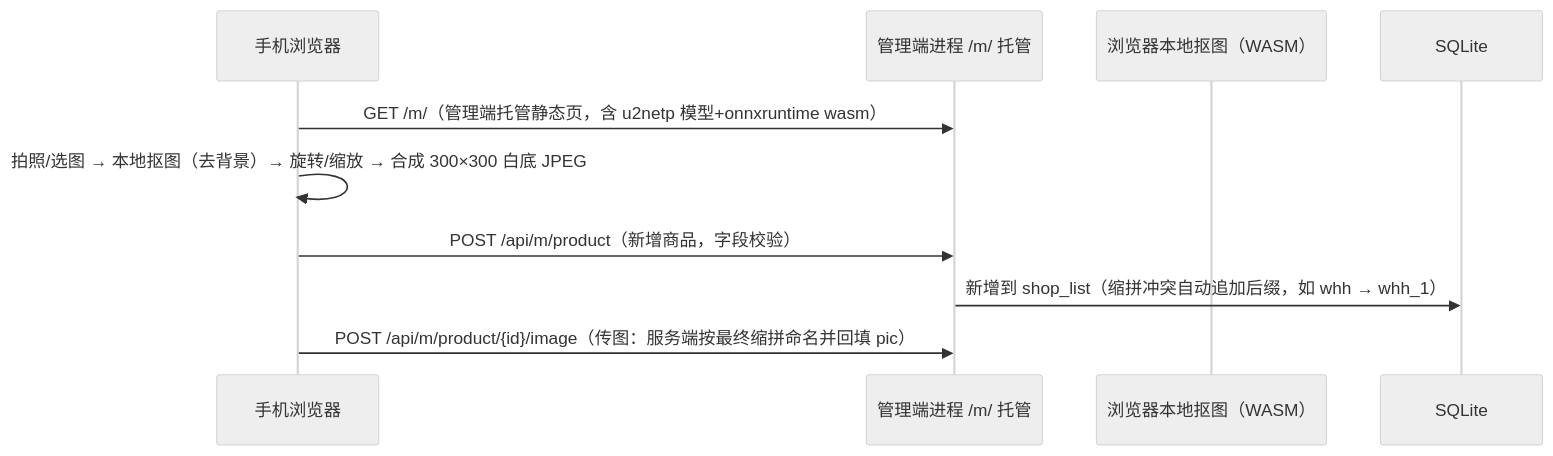
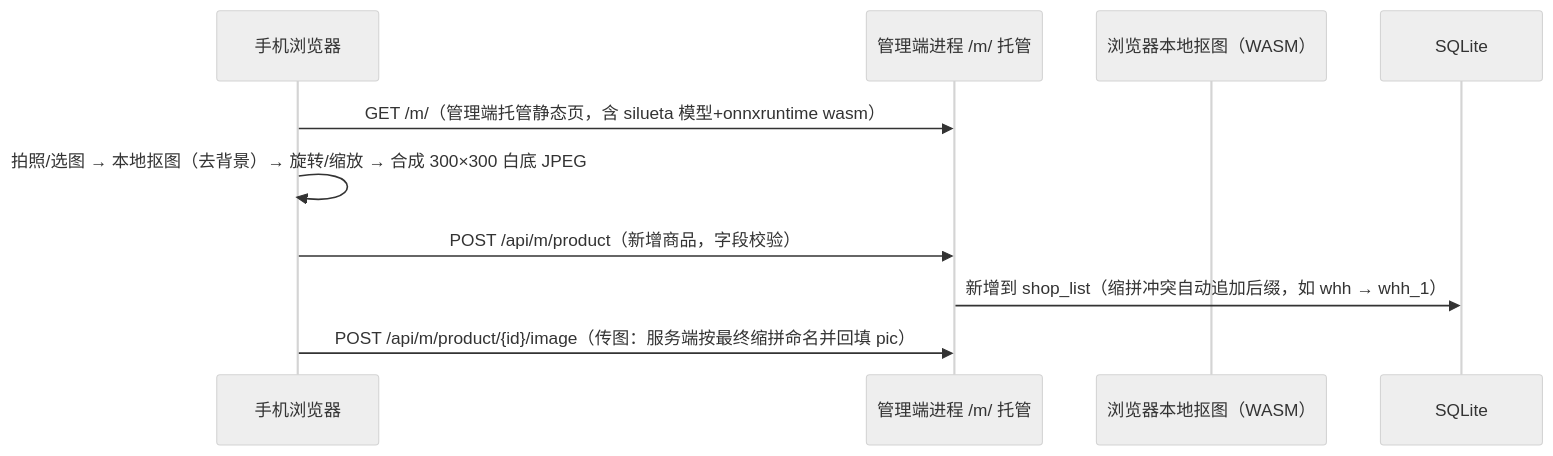
Before and after one commit to ZYD045692/cybercafeShop: the seventh of 8 diagrams in README.md, drawn with Mermaid (neutral theme). The commit also changed other lines of this file and 4 other files, not shown here.

Commit message:
抠图模型 u2netp(4.6MB) 换成 silueta(44MB)，边缘质量更好；抠图失败原因输出到控制台

````diff
--- a/README.md
+++ b/README.md
@@ -215,13 +215,13 @@
 ```mermaid
 sequenceDiagram
     participant P as 手机浏览器
     participant S as 管理端进程 /m/ 托管
     participant IMG as 浏览器本地抠图（WASM）
     participant DB as SQLite
 
-    P->>S: GET /m/（管理端托管静态页，含 u2netp 模型+onnxruntime wasm）
+    P->>S: GET /m/（管理端托管静态页，含 silueta 模型+onnxruntime wasm）
     P->>P: 拍照/选图 → 本地抠图（去背景）→ 旋转/缩放 → 合成 300×300 白底 JPEG
     P->>S: POST /api/m/product（新增商品，字段校验）
     S->>DB: 新增到 shop_list（缩拼冲突自动追加后缀，如 whh → whh_1）
     P->>S: POST /api/m/product/{id}/image（传图：服务端按最终缩拼命名并回填 pic）
 ```
````
